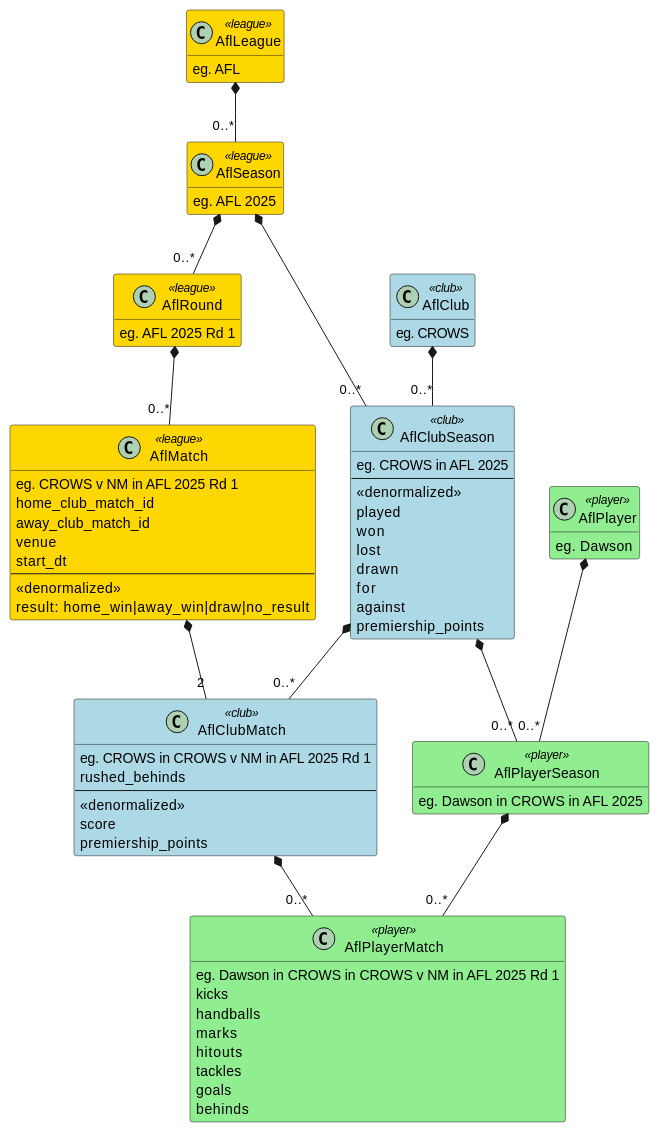
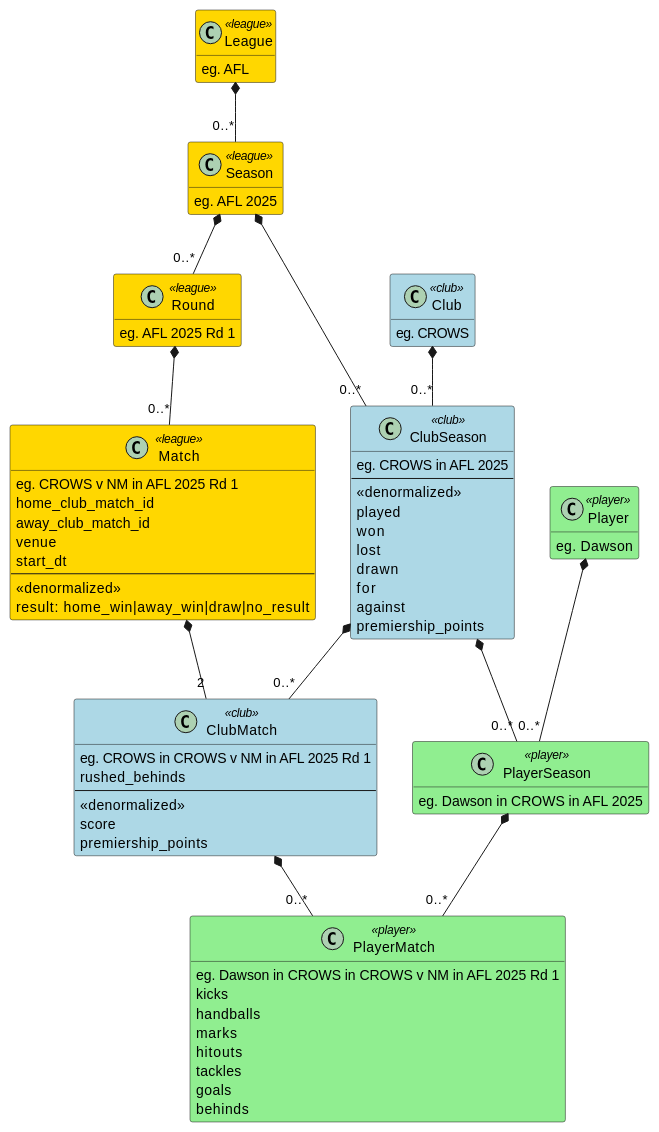
Before and after one commit to ruiboy/xffl: the first of 2 diagrams in README.md, drawn with PlantUML. The commit also changed other lines of this file, not shown here.

Commit message:
Simpler entity names

````diff
--- a/README.md
+++ b/README.md
@@ -228,16 +228,16 @@
   BackgroundColor<<player>> LightGreen
 }
 
-class AflLeague <<league>> {
+class League <<league>> {
   eg. AFL
 }
-class AflSeason <<league>> {
+class Season <<league>> {
   eg. AFL 2025 
 }
-class AflRound <<league>> {
+class Round <<league>> {
   eg. AFL 2025 Rd 1
 }
-class AflMatch <<league>> {
+class Match <<league>> {
   eg. CROWS v NM in AFL 2025 Rd 1
   home_club_match_id
   away_club_match_id
@@ -248,10 +248,10 @@
   result: home_win|away_win|draw|no_result
 }
 
-class AflClub <<club>> {
+class Club <<club>> {
   eg. CROWS
 }
-class AflClubSeason <<club>> {
+class ClubSeason <<club>> {
   eg. CROWS in AFL 2025
   --
   <<denormalized>>
@@ -263,7 +263,7 @@
   against
   premiership_points
 }
-class AflClubMatch <<club>> {
+class ClubMatch <<club>> {
   eg. CROWS in CROWS v NM in AFL 2025 Rd 1
   rushed_behinds
   --
@@ -272,13 +272,13 @@
   premiership_points
 }
 
-class AflPlayer <<player>> {
+class Player <<player>> {
   eg. Dawson
 }
-class AflPlayerSeason <<player>> {
+class PlayerSeason <<player>> {
   eg. Dawson in CROWS in AFL 2025
 }
-class AflPlayerMatch <<player>> {
+class PlayerMatch <<player>> {
   eg. Dawson in CROWS in CROWS v NM in AFL 2025 Rd 1
   kicks
   handballs
@@ -289,21 +289,21 @@
   behinds
 }
 
-AflLeague *-- "0..*" AflSeason
-AflSeason *-- "0..*" AflRound
-AflRound *-- "0..*" AflMatch
+League *-- "0..*" Season
+Season *-- "0..*" Round
+Round *-- "0..*" Match
 
-AflClub *-- "0..*" AflClubSeason
-AflSeason *-- "0..*" AflClubSeason
+Club *-- "0..*" ClubSeason
+Season *-- "0..*" ClubSeason
 
-AflMatch *-- "2" AflClubMatch
-AflClubSeason *-- "0..*" AflClubMatch
+Match *-- "2" ClubMatch
+ClubSeason *-- "0..*" ClubMatch
 
-AflPlayer *-- "0..*" AflPlayerSeason
-AflClubSeason *-- "0..*" AflPlayerSeason
+Player *-- "0..*" PlayerSeason
+ClubSeason *-- "0..*" PlayerSeason
 
-AflClubMatch *-- "0..*" AflPlayerMatch
-AflPlayerSeason *-- "0..*" AflPlayerMatch
+ClubMatch *-- "0..*" PlayerMatch
+PlayerSeason *-- "0..*" PlayerMatch
 
 @enduml
 ```
````
